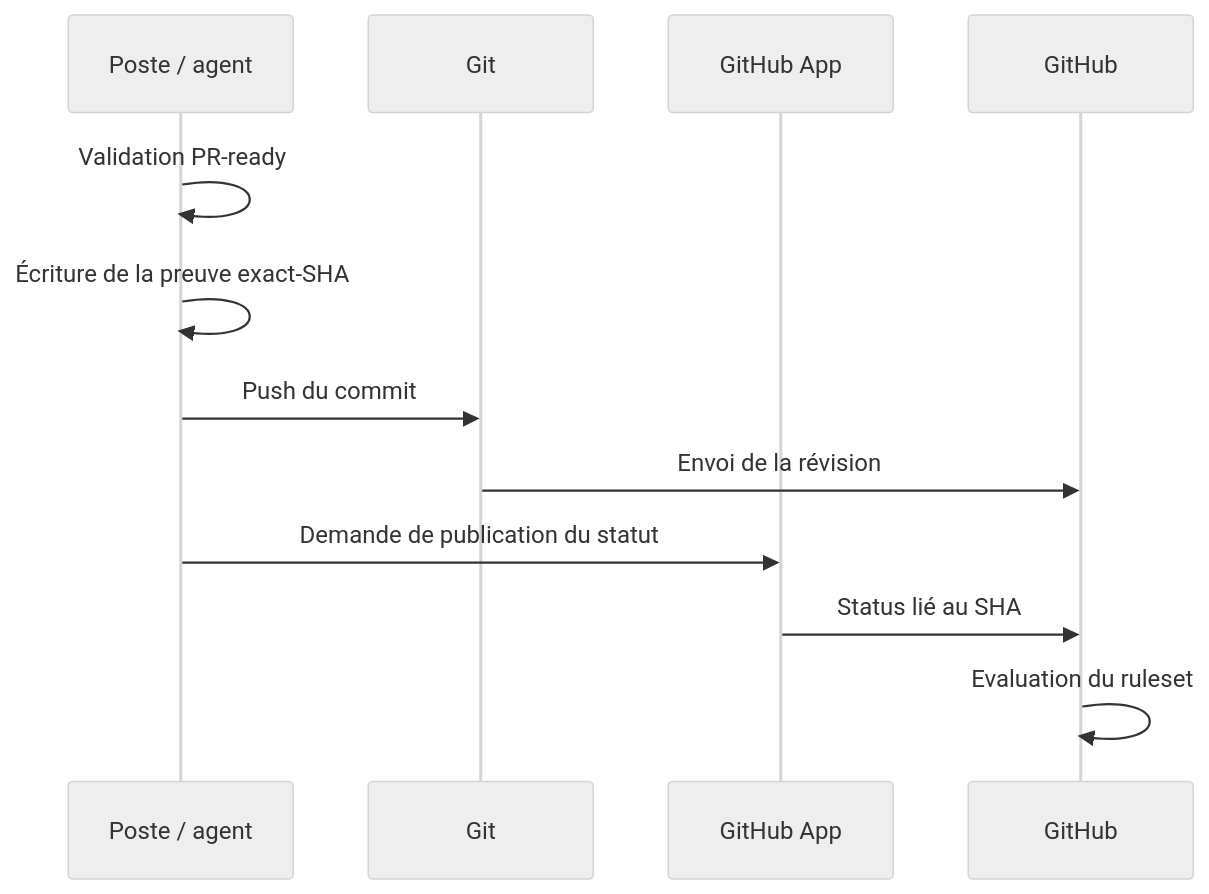
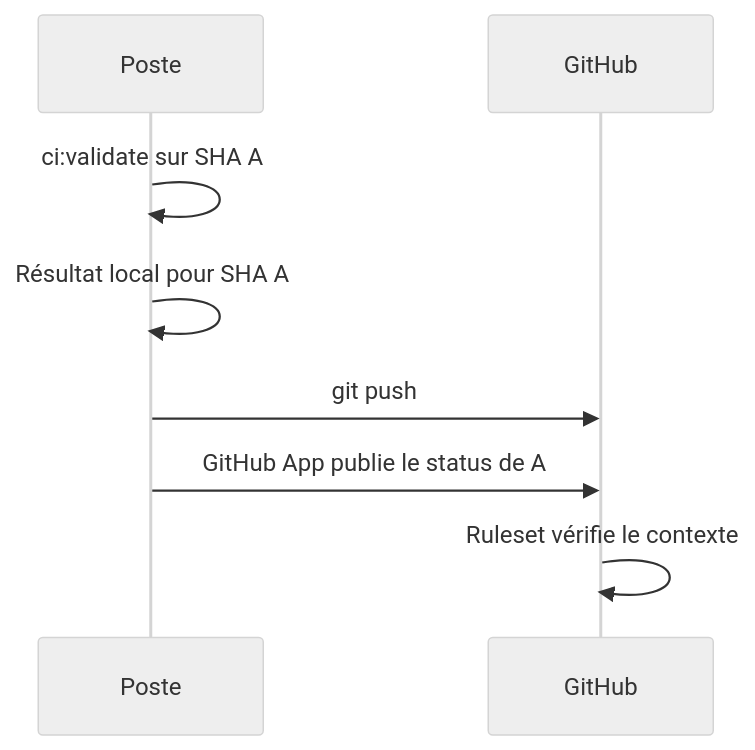
The diagram in src/content/blog/2026-11-21-github-garde-dernier-mot-ci-locale.md (EtienneDeneuve/etiennedeneuve.github.io), drawn with Mermaid (neutral theme) before and after one commit. The commit also changed other lines of this file, not shown here.

Commit message:
docs(blog): ground GitHub status article in failure cases and actual decisions

```diff
--- a/src/content/blog/2026-11-21-github-garde-dernier-mot-ci-locale.md
+++ b/src/content/blog/2026-11-21-github-garde-dernier-mot-ci-locale.md
@@ -72,14 +72,10 @@
 ~~~mermaid
 sequenceDiagram
-    participant D as Poste / agent
-    participant G as Git
-    participant A as GitHub App
-    participant H as GitHub
-    D->>D: Validation PR-ready
-    D->>D: Écriture de la preuve exact-SHA
-    D->>G: Push du commit
-    G->>H: Envoi de la révision
-    D->>A: Demande de publication du statut
-    A->>H: Status lié au SHA
-    H->>H: Evaluation du ruleset
+    participant P as Poste
+    participant G as GitHub
+    P->>P: ci:validate sur SHA A
+    P->>P: Résultat local pour SHA A
+    P->>G: git push
+    P->>G: GitHub App publie le status de A
+    G->>G: Ruleset vérifie le contexte
 ~~~
```
